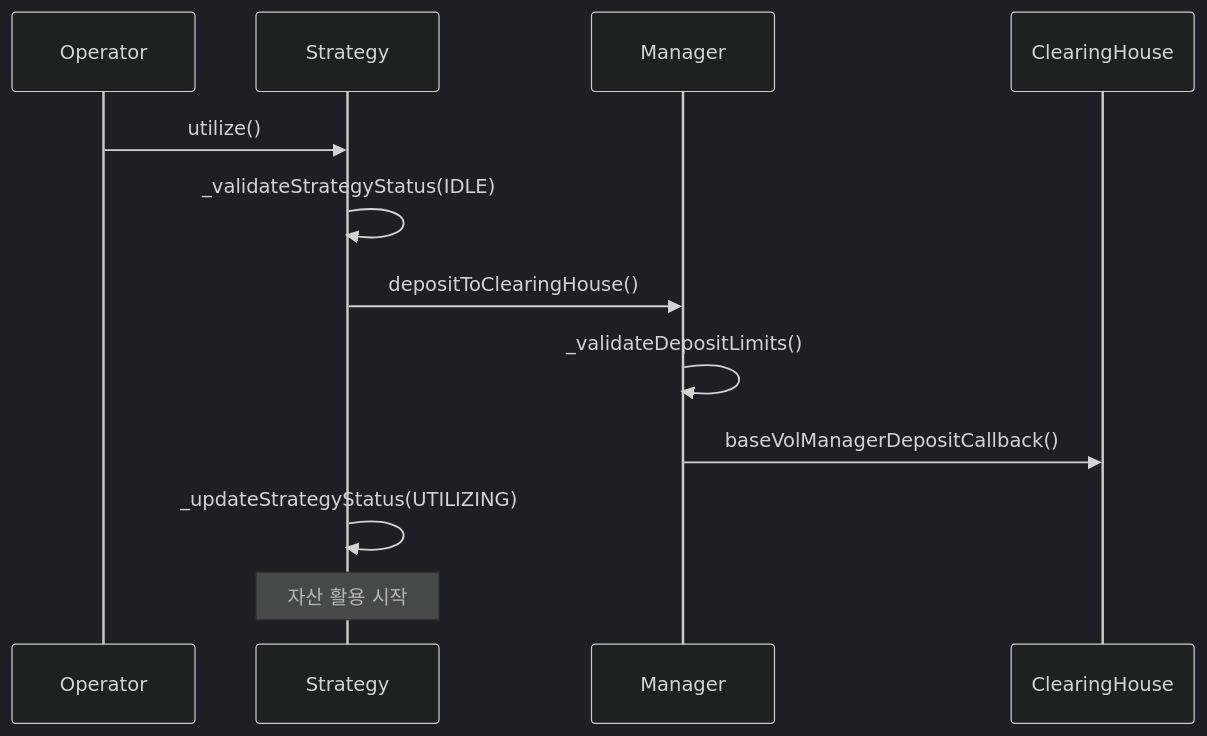
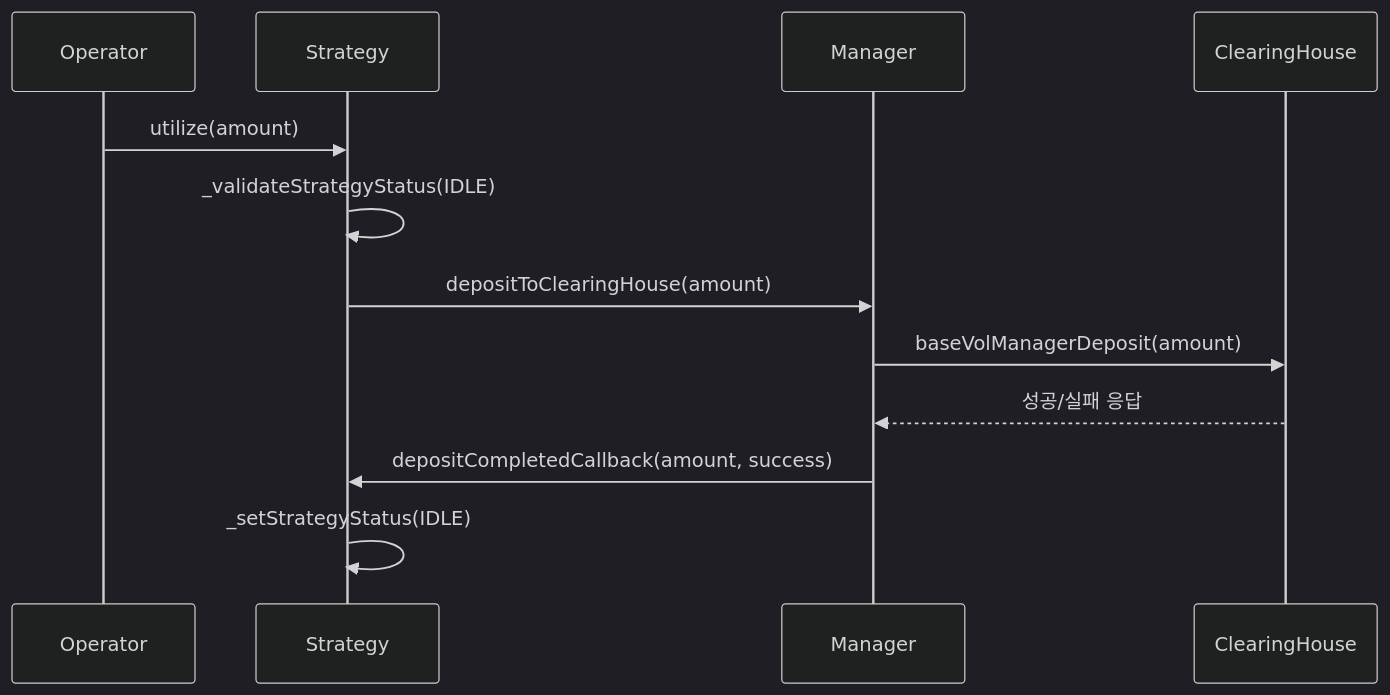
Before and after one commit to stvol-official/basevol-contract: the fourth of 8 diagrams in contracts/core/vault/genesisvault.md, drawn with Mermaid (dark theme). The commit also changed other lines of this file and 26 other files, not shown here.

````diff
--- a/contracts/core/vault/genesisvault.md
+++ b/contracts/core/vault/genesisvault.md
@@ -184,15 +171,15 @@
 ```mermaid
 sequenceDiagram
     participant Operator
     participant Strategy
     participant Manager
     participant ClearingHouse
 
-    Operator->>Strategy: utilize()
+    Operator->>Strategy: utilize(amount)
     Strategy->>Strategy: _validateStrategyStatus(IDLE)
-    Strategy->>Manager: depositToClearingHouse()
-    Manager->>Manager: _validateDepositLimits()
-    Manager->>ClearingHouse: baseVolManagerDepositCallback()
-    Strategy->>Strategy: _updateStrategyStatus(UTILIZING)
-    Note over Strategy: 자산 활용 시작
+    Strategy->>Manager: depositToClearingHouse(amount)
+    Manager->>ClearingHouse: baseVolManagerDeposit(amount)
+    ClearingHouse-->>Manager: 성공/실패 응답
+    Manager->>Strategy: depositCompletedCallback(amount, success)
+    Strategy->>Strategy: _setStrategyStatus(IDLE)
 ```
````
